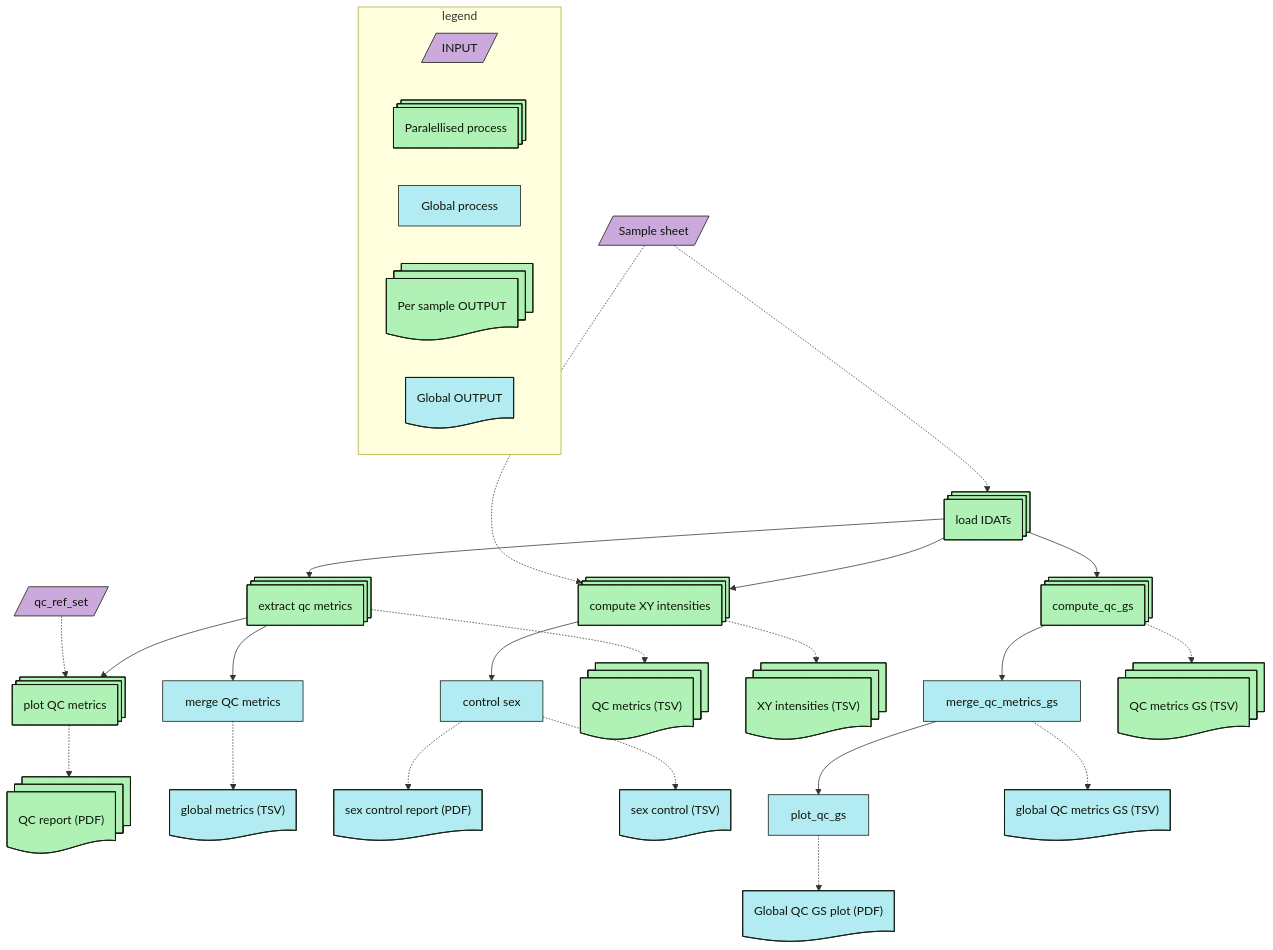
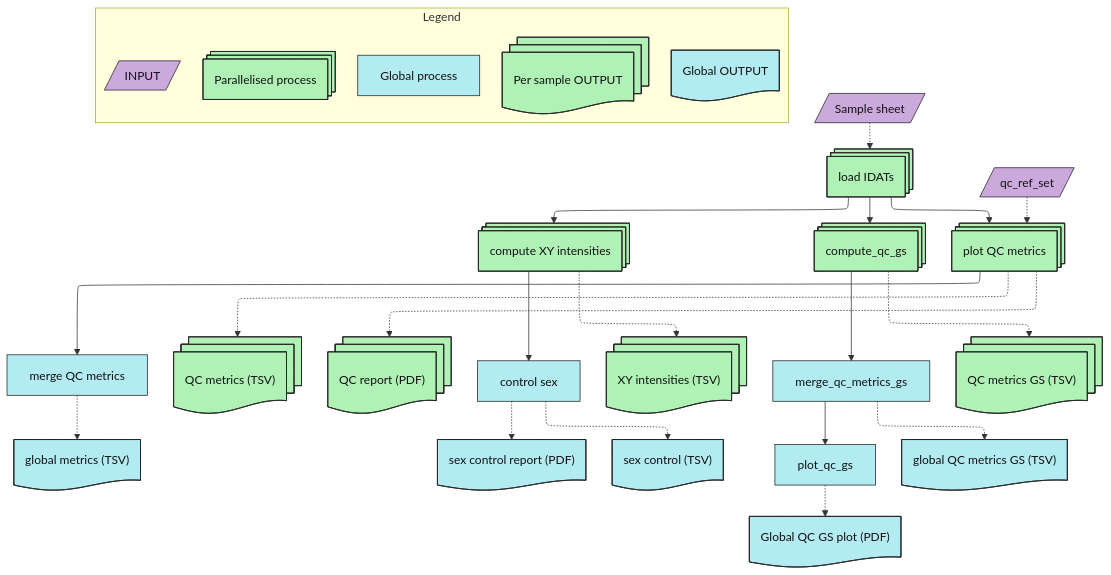
One commit to Bio2clip/MethylHome changed the diagram in doc/QC_workflow.mmd. Above: the diagram before and after it, drawn with Mermaid. The commit also changed 4 other files, not shown here.

```diff
--- a/doc/QC_workflow.mmd
+++ b/doc/QC_workflow.mmd
@@ -1,73 +1,68 @@
+---
+config:
+  layout: elk
+---
 flowchart TB
- subgraph legend["legend"]
-        R["INPUT"]
-        S["Paralellised process"]
-        T["Global process"]
-        U["Per sample OUTPUT"]
-        V["Global OUTPUT"]
+ subgraph Legend["Legend"]
+        
+        L2["Parallelised process"]
+        L3["Global process"]
+        L1["INPUT"]
+        L4["Per sample OUTPUT"]
+        L5["Global OUTPUT"]
   end
-    B["Sample sheet"] -.-> D["load IDATs"] & I["compute XY intensities"]
-    C["qc_ref_set"] -.-> F["plot QC metrics"]
-    D --> E["extract qc metrics"] & I & W["compute_qc_gs"]
-    E --> F & G["merge QC metrics"]
-    I --> J["control sex"]
-    E -.-> K["QC metrics (TSV)"]
-    F -.-> L["QC report (PDF)"]
-    G -.-> M["global metrics (TSV)"]
-    J -.-> O["sex control report (PDF)"] & Q["sex control (TSV)"]
-    I -.-> P["XY intensities (TSV)"]
-    W --> A["merge_qc_metrics_gs"]
-    A --> H["plot_qc_gs"]
-    W -.-> N["QC metrics GS (TSV)"]
-    A -.-> X["global QC metrics GS (TSV)"]
-    H -.-> Y["Global QC GS plot (PDF)"]
-    R@{ shape: lean-r}
-    S@{ shape: processes}
-    T@{ shape: rect}
-    U@{ shape: docs}
-    V@{ shape: doc}
-    B@{ shape: lean-r}
-    D@{ shape: processes}
-    I@{ shape: processes}
-    C@{ shape: lean-r}
-    F@{ shape: processes}
-    E@{ shape: processes}
-    W@{ shape: processes}
-    G@{ shape: rect}
-    J@{ shape: rect}
-    K@{ shape: docs}
-    L@{ shape: docs}
-    M@{ shape: doc}
-    O@{ shape: doc}
-    Q@{ shape: doc}
-    P@{ shape: docs}
-    A@{ shape: process}
-    H@{ shape: process}
-    N@{ shape: docs}
-    X@{ shape: doc}
-    Y@{ shape: doc}
-    style R color:#0e1609, fill:#cca9dd, stroke:#0e1609
-    style S color:#0e1609, fill:#b0f2b6 , stroke:#0e1609
-    style T color:#0e1609, fill:#B3EBF2, stroke:#0e1609
-    style U color:#0e1609, fill:#b0f2b6 , stroke:#0e1609
-    style V color:#0e1609, fill:#B3EBF2, stroke:#0e1609
-    style B color:#0e1609, fill:#cca9dd, stroke:#0e1609
-    style D color:#0e1609, fill:#b0f2b6, stroke:#0e1609
-    style I color:#0e1609, fill:#b0f2b6, stroke:#0e1609
-    style C color:#0e1609, fill:#cca9dd, stroke:#0e1609
-    style F color:#0e1609, fill:#b0f2b6, stroke:#0e1609
-    style E color:#0e1609, fill:#b0f2b6, stroke:#0e1609
-    style W color:#0e1609, fill:#b0f2b6 , stroke:#0e1609
-    style G color:#0e1609, fill:#B3EBF2, stroke:#0e1609
-    style J color:#0e1609, fill:#B3EBF2, stroke:#0e1609
-    style K color:#0e1609, fill:#b0f2b6 , stroke:#0e1609
-    style L color:#0e1609, fill:#b0f2b6 , stroke:#0e1609
-    style M color:#0e1609, fill:#B3EBF2, stroke:#0e1609
-    style O color:#0e1609, fill:#B3EBF2, stroke:#0e1609
-    style Q color:#0e1609, fill:#B3EBF2, stroke:#0e1609
-    style P color:#0e1609, fill:#b0f2b6 , stroke:#0e1609
-    style A color:#0e1609, fill:#B3EBF2, stroke:#0e1609
-    style H color:#0e1609, fill:#B3EBF2, stroke:#0e1609
-    style N color:#0e1609, fill:#b0f2b6 , stroke:#0e1609
-    style X color:#0e1609, fill:#B3EBF2, stroke:#0e1609
-    style Y color:#0e1609, fill:#B3EBF2, stroke:#0e1609
+    sample["Sample sheet"] -.-> load["load IDATs"]
+    load --> xy["compute XY intensities"] & gs["compute_qc_gs"] & plot["plot QC metrics"]
+    db["qc_ref_set"] -.-> plot
+    plot --> merge["merge QC metrics"]
+    plot -.-> qc_tsv["QC metrics (TSV)"] & qc_pdf["QC report (PDF)"]
+    merge -.-> global_tsv["global metrics (TSV)"]
+    xy --> sex["control sex"]
+    xy -.-> xy_tsv["XY intensities (TSV)"]
+    sex -.-> sex_pdf["sex control report (PDF)"] & sex_tsv["sex control (TSV)"]
+    gs --> merge_gs["merge_qc_metrics_gs"]
+    gs -.-> gs_tsv["QC metrics GS (TSV)"]
+    merge_gs --> plot_gs["plot_qc_gs"]
+    merge_gs -.-> global_gs["global QC metrics GS (TSV)"]
+    plot_gs -.-> global_pdf["Global QC GS plot (PDF)"]
+
+    class sample,db,L1 input
+    class load,xy,gs,plot,L2 parallel
+    class merge,merge_gs,plot_gs,sex,L3 global
+    class qc_tsv,qc_pdf,xy_tsv,gs_tsv,L4 output
+    class global_tsv,sex_tsv,sex_pdf,global_gs,global_pdf,L5 globalout
+
+    sample@{ shape: lean-r}
+    db@{ shape: lean-r}
+    L1@{ shape: lean-r}
+
+    L2@{ shape: processes}
+    load@{ shape: processes}
+    xy@{ shape: processes}
+    gs@{ shape: processes}
+    plot@{ shape: processes}
+    
+    L3@{ shape: rect}
+    merge@{ shape: rect}
+    merge_gs@{ shape: rect}
+    plot_gs@{ shape: rect}
+    sex@{ shape: rect}
+   
+    L4@{ shape: docs}
+    qc_tsv@{ shape: docs}
+    qc_pdf@{ shape: docs}
+    xy_tsv@{ shape: docs}
+    gs_tsv@{ shape: docs}
+
+    L5@{ shape: doc}
+    global_tsv@{ shape: doc}
+    sex_tsv@{ shape: doc}
+    sex_pdf@{ shape: doc}
+    global_gs@{ shape: doc}
+    global_pdf@{ shape: doc}
+   
+    classDef input fill:#CCA9DD,stroke:#222,color:#111
+    classDef parallel fill:#B0F2B6,stroke:#222,color:#111
+    classDef global fill:#B3EBF2,stroke:#222,color:#111
+    classDef output fill:#B0F2B6,stroke:#222,color:#111
+    classDef globalout fill:#B3EBF2,stroke:#222,color:#111
```
